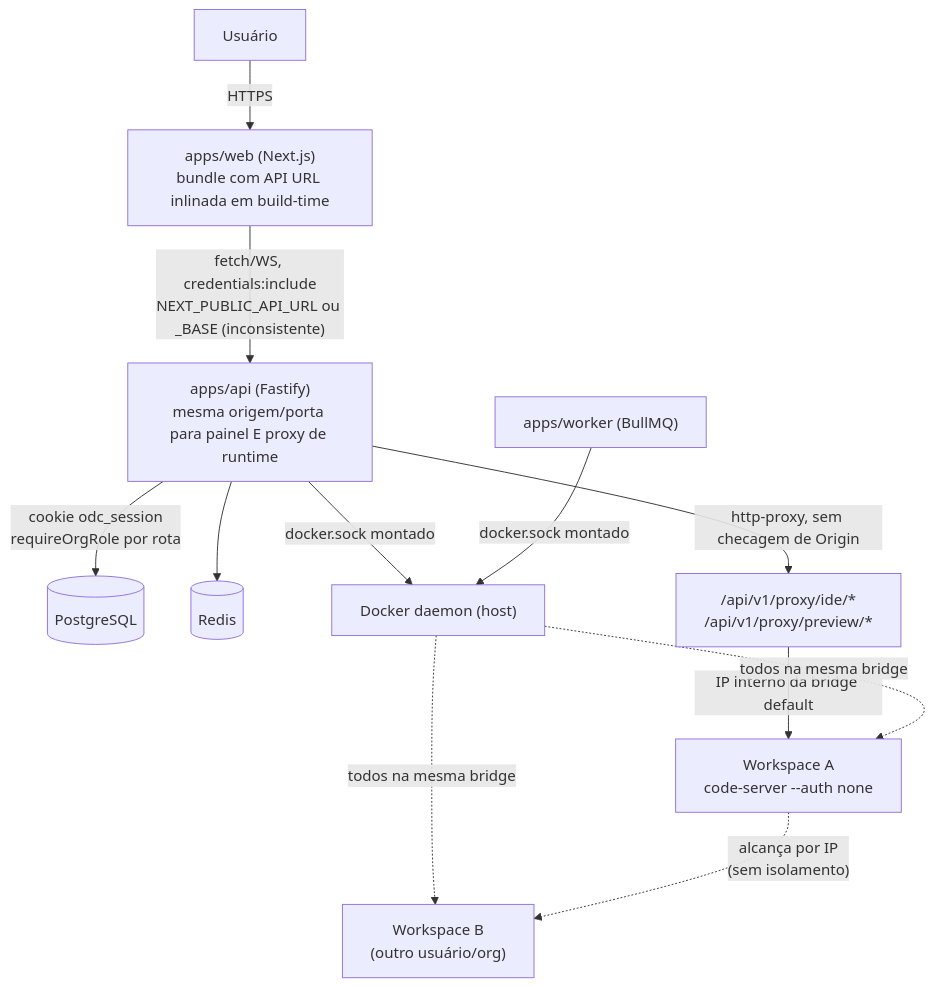
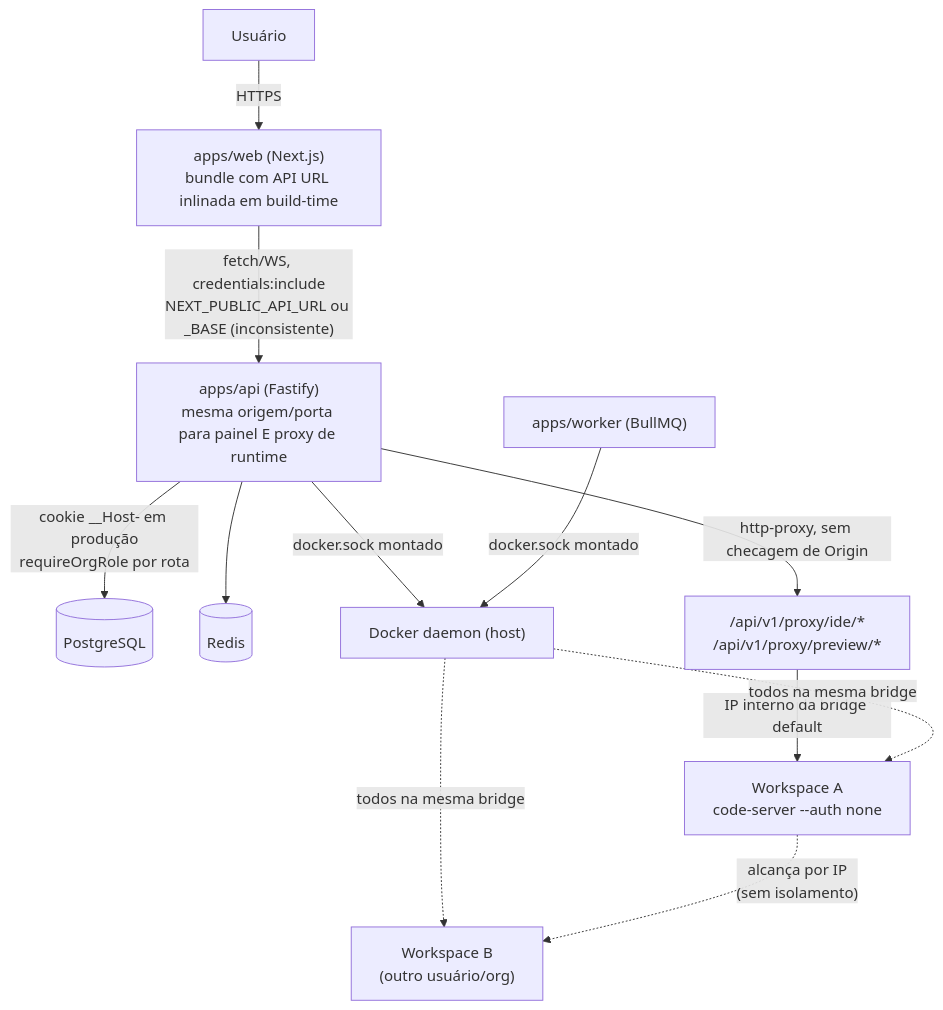
Before and after one commit to RobersonCodes/Oliveira-DevClaud: the diagram in docs/HARDENING-ROADMAP.md, drawn with Mermaid. The commit also changed other lines of this file and 22 other files, not shown here.

````diff
--- a/docs/HARDENING-ROADMAP.md
+++ b/docs/HARDENING-ROADMAP.md
@@ -29,14 +26,14 @@
 ```mermaid
 flowchart TB
   user["Usuário"] -->|HTTPS| web["apps/web (Next.js)<br/>bundle com API URL inlinada em build-time"]
   web -->|"fetch/WS, credentials:include<br/>NEXT_PUBLIC_API_URL ou _BASE (inconsistente)"| api["apps/api (Fastify)<br/>mesma origem/porta para painel E proxy de runtime"]
-  api -->|"cookie odc_session<br/>requireOrgRole por rota"| pg[("PostgreSQL")]
+  api -->|"cookie __Host- em produção<br/>requireOrgRole por rota"| pg[("PostgreSQL")]
   api --> redis[("Redis")]
   api -->|"docker.sock montado"| dockerd["Docker daemon (host)"]
   worker["apps/worker (BullMQ)"] -->|"docker.sock montado"| dockerd
   api -->|"http-proxy, sem checagem de Origin"| proxy["/api/v1/proxy/ide/*<br/>/api/v1/proxy/preview/*"]
   proxy -->|"IP interno da bridge default"| ws1["Workspace A<br/>code-server --auth none"]
   dockerd -.->|"todos na mesma bridge"| ws1
   dockerd -.->|"todos na mesma bridge"| ws2["Workspace B<br/>(outro usuário/org)"]
   ws1 -.->|"alcança por IP<br/>(sem isolamento)"| ws2
 ```
````
